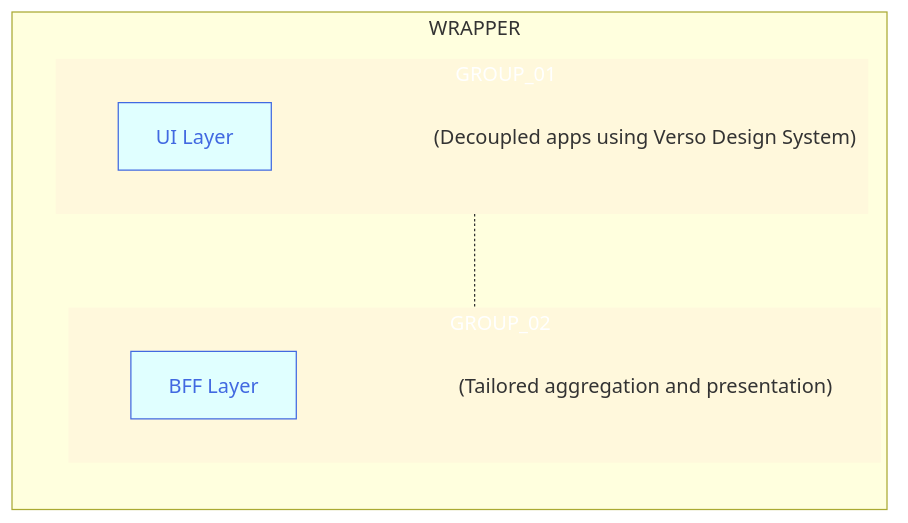
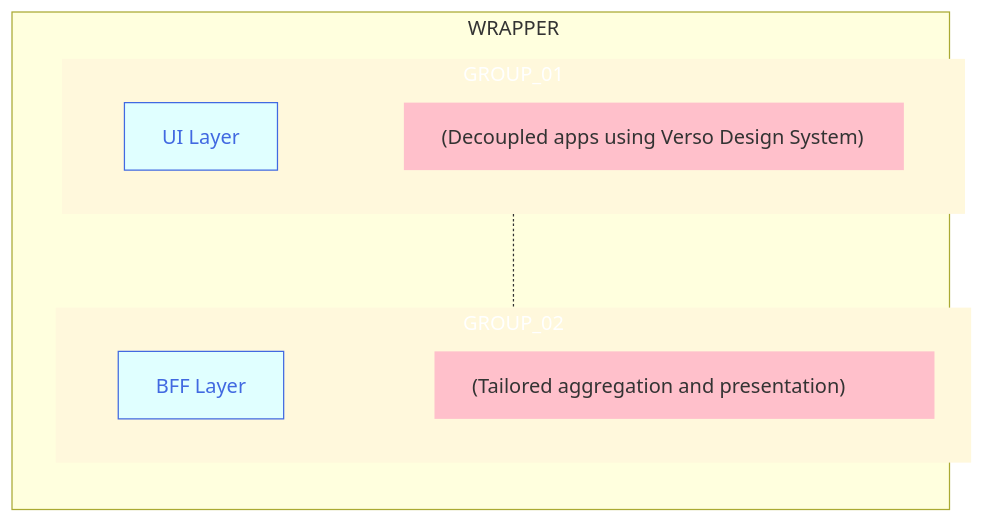
Before and after one commit to joe-dorward/samples: the diagram in buttons_mermaid_v5.md, drawn with Mermaid.

````diff
--- a/buttons_mermaid_v5.md
+++ b/buttons_mermaid_v5.md
@@ -3,47 +3,47 @@
 ```mermaid
   %%{
     init: {
       "flowchart": { "markdownAutoWrap":"false", "textWrap":"false", "textAlign":"left", "wrappingWidth": "100%" }
     }
   }%%
   flowchart TD
 
   classDef Button fill:lightcyan, stroke:royalblue, color:royalblue;
-  classDef Note fill:transparent, stroke-width:0px
+  classDef Note fill:pink, stroke-width:0px, width:400px
   %% ---------- ---------- ---------- ---------- ---------- ---------- ---------- ---------- ---------- ----------
 subgraph WRAPPER
   direction TD
 
   subgraph GROUP_01
     %%direction LR
 
     BUTTON_01_NOTE["(Decoupled apps using Verso Design System)"]:::Note
     BUTTON_01["UI Layer"]:::Button
     click BUTTON_01 "https://en.wikipedia.org/wiki/Main_Page" _blank
 
     BUTTON_01~~~
     BUTTON_01_NOTE
   end
   %% ---------- ---------- ---------- ---------- ---------- ---------- ---------- ---------- ---------- ----------
   subgraph GROUP_02
     %%direction LR
 
     BUTTON_02_NOTE["(Tailored aggregation and presentation)"]:::Note
     BUTTON_02["BFF Layer"]:::Button
     click BUTTON_02 "https://en.wikipedia.org/wiki/Main_Page" _blank
 
     BUTTON_02~~~
     BUTTON_02_NOTE
   end
 end
   %% ---------- ---------- ---------- ---------- ---------- ---------- ---------- ---------- ---------- ----------
 
 GROUP_01-.-GROUP_02
 
 %%BUTTON_01-->BUTTON_02
 
-  style GROUP_01 fill:cornsilk, color:white, stroke-width:0px, width:650px, left:0px
-  style GROUP_02 fill:cornsilk, color:white, stroke-width:0px, width:650px
+  style GROUP_01 fill:cornsilk, color:white, stroke-width:0px
+  style GROUP_02 fill:cornsilk, color:white, stroke-width:0px
 
-  style WRAPPER width:700px
+  style WRAPPER width:750px
 ```
````
